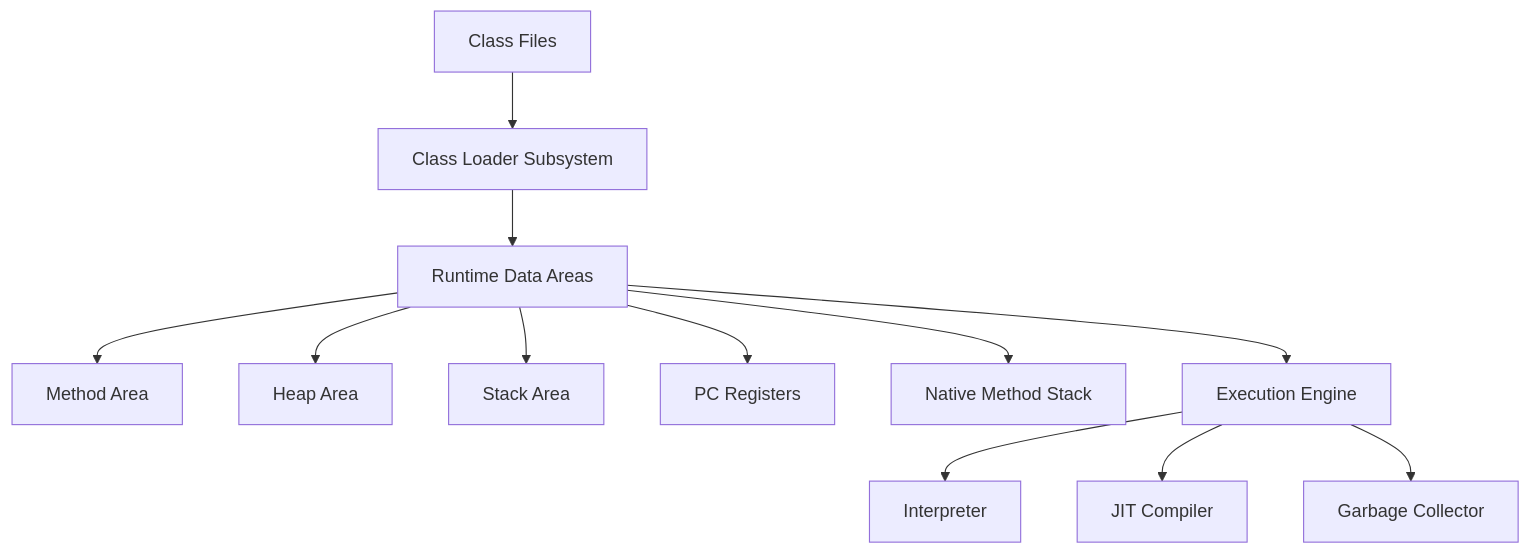
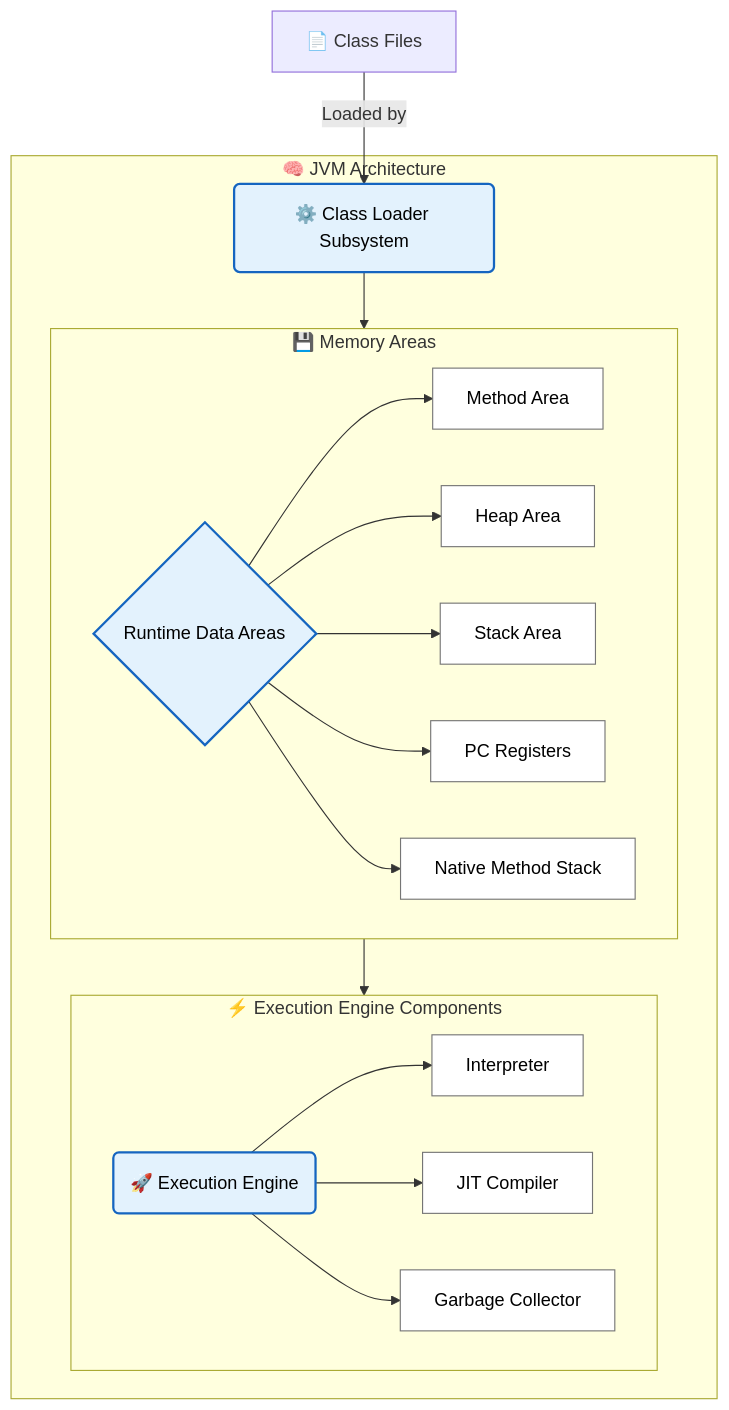
Before and after one commit to Omkar4112/Placement-Preparation-Hub: the fourth of 36 diagrams in Ultimate_Java_Placement_Handbook.md, drawn with Mermaid. The commit also changed other lines of this file, not shown here.

Commit message:
Enhance Mermaid architecture diagrams in handbook

````diff
--- a/Ultimate_Java_Placement_Handbook.md
+++ b/Ultimate_Java_Placement_Handbook.md
@@ -257,14 +283,29 @@
 ```mermaid
-graph TD
-    A[Class Files] --> B[Class Loader Subsystem]
-    B --> C[Runtime Data Areas]
-    C --> D[Method Area]
-    C --> E[Heap Area]
-    C --> F[Stack Area]
-    C --> G[PC Registers]
-    C --> H[Native Method Stack]
-    C --> I[Execution Engine]
-    I --> J[Interpreter]
-    I --> K[JIT Compiler]
-    I --> L[Garbage Collector]
+flowchart TD
+    classDef main fill:#e3f2fd,stroke:#1565c0,stroke-width:2px,color:#000;
+    classDef sub fill:#ffffff,stroke:#757575,stroke-width:1px,color:#000;
+    
+    A[📄 Class Files] -->|Loaded by| B(⚙️ Class Loader Subsystem):::main
+    
+    subgraph JVM [🧠 JVM Architecture]
+        B --> C{Runtime Data Areas}:::main
+        
+        subgraph Memory [💾 Memory Areas]
+            direction LR
+            C --> D[Method Area]:::sub
+            C --> E[Heap Area]:::sub
+            C --> F[Stack Area]:::sub
+            C --> G[PC Registers]:::sub
+            C --> H[Native Method Stack]:::sub
+        end
+        
+        C --> I(🚀 Execution Engine):::main
+        
+        subgraph Exec [⚡ Execution Engine Components]
+            direction LR
+            I --> J[Interpreter]:::sub
+            I --> K[JIT Compiler]:::sub
+            I --> L[Garbage Collector]:::sub
+        end
+    end
 ```
````
